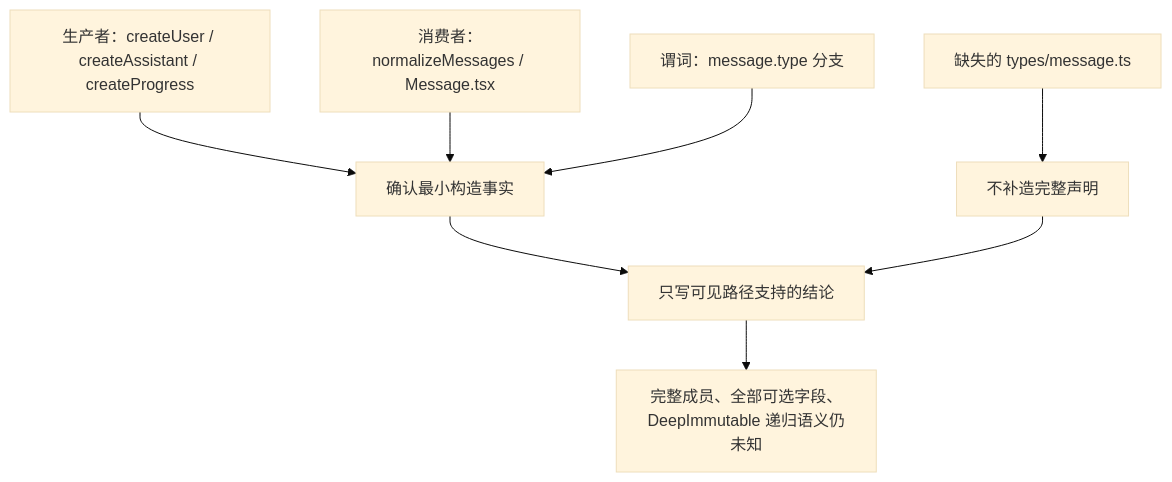
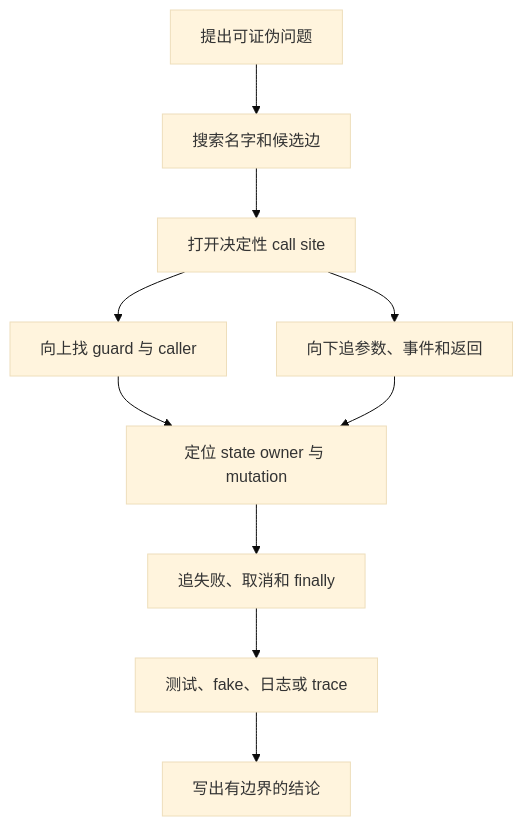
Diagram 11 of 13 in curriculum/units/M01/final.md (bai201928/claude-code-source-course), drawn with Mermaid (base theme) before and after one commit. The commit also changed other lines of this file, not shown here.

````diff
--- a/curriculum/units/M01/final.md
+++ b/curriculum/units/M01/final.md
@@ -519,10 +1049,12 @@
 ```mermaid
 flowchart TD
-  MISSING["缺失的 types/message.ts"] --> LIMIT["不补造完整声明"]
-  PRODUCER["生产者：createUser / createAssistant / createProgress"] --> MIN["确认最小构造事实"]
-  CONSUMER["消费者：normalizeMessages / Message.tsx"] --> MIN
-  GUARD["谓词：message.type 分支"] --> MIN
-  MIN --> CLAIM["只写可见路径支持的结论"]
-  LIMIT --> CLAIM
-  CLAIM --> UNKNOWN["完整成员、全部可选字段、DeepImmutable 递归语义仍未知"]
+  Q["提出可证伪问题"] --> SEARCH["搜索名字和候选边"]
+  SEARCH --> SITE["打开决定性 call site"]
+  SITE --> GUARD["向上找 guard 与 caller"]
+  SITE --> DATA["向下追参数、事件和返回"]
+  GUARD --> OWNER["定位 state owner 与 mutation"]
+  DATA --> OWNER
+  OWNER --> FAIL["追失败、取消和 finally"]
+  FAIL --> OBSERVE["测试、fake、日志或 trace"]
+  OBSERVE --> CLAIM["写出有边界的结论"]
 ```
````
